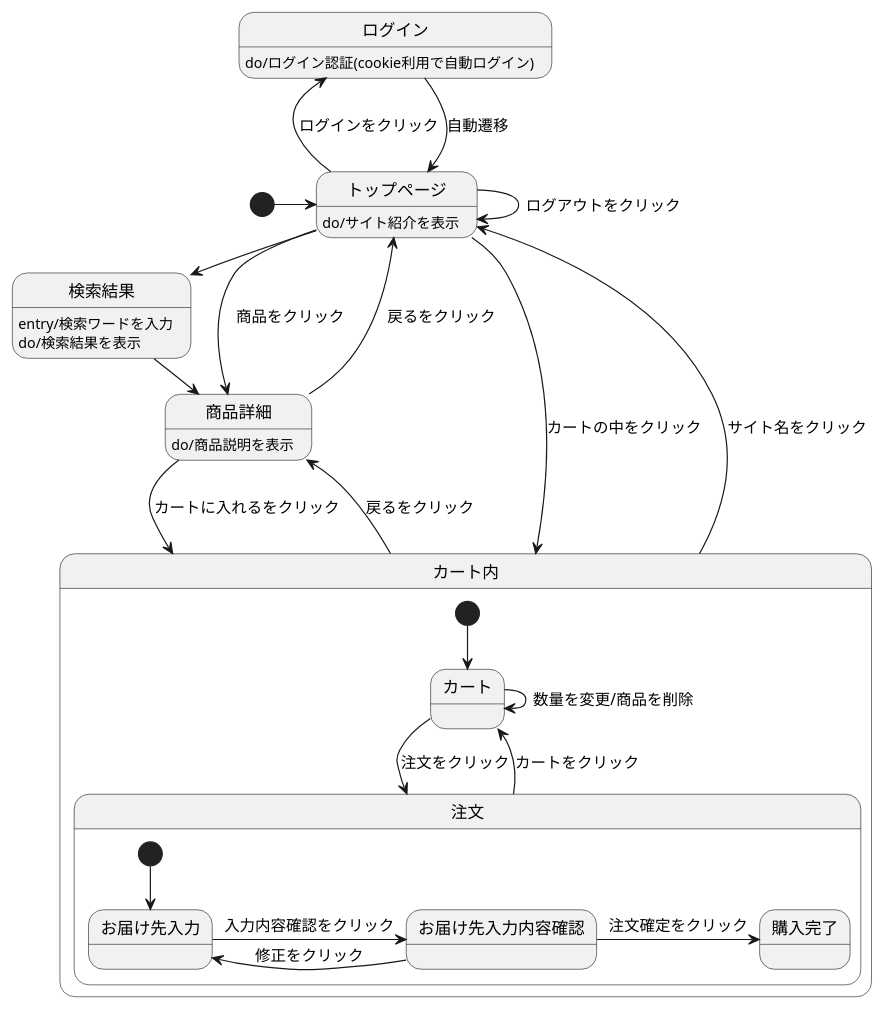
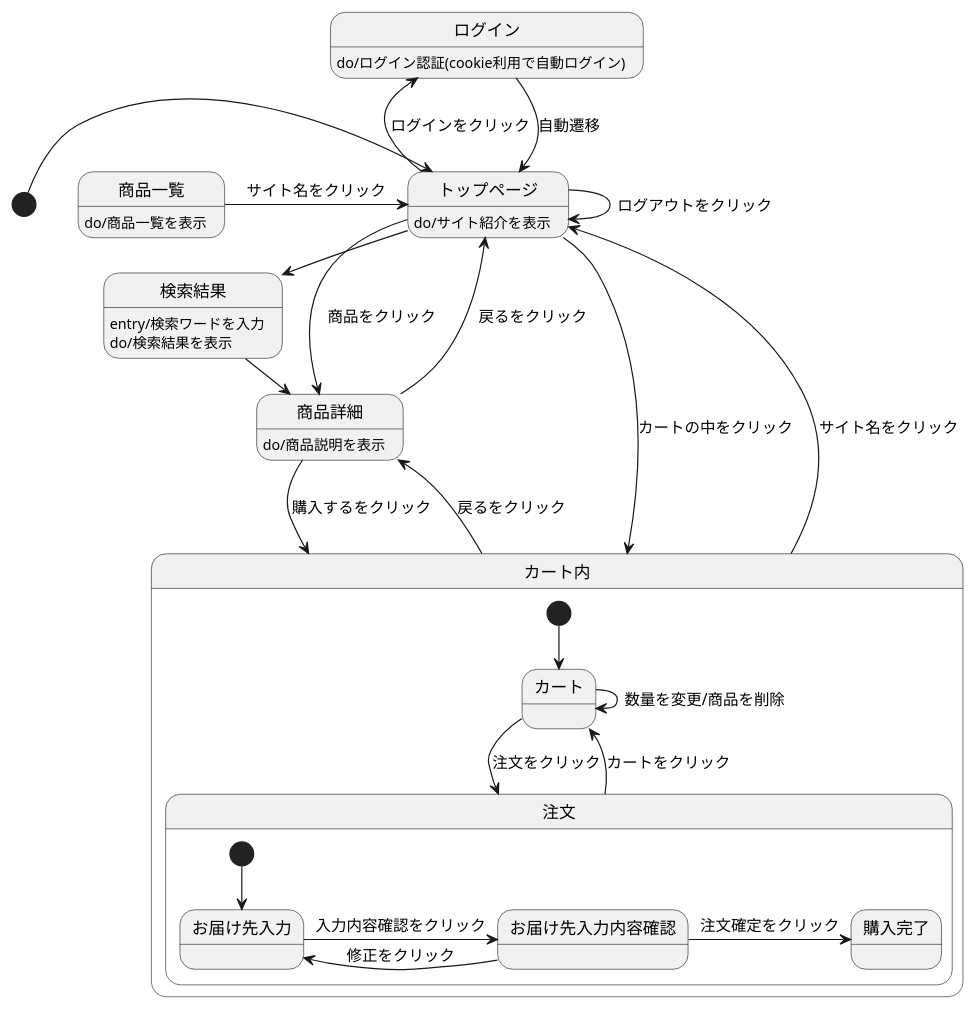
One commit to Aso2001369/2021sys-design changed the diagram in src2/md/状態遷移図.md. Above: the diagram before and after it, drawn with PlantUML.

````diff
--- a/src2/md/状態遷移図.md
+++ b/src2/md/状態遷移図.md
@@ -1,35 +1,37 @@
 ```uml
 @startuml
 
 [*] -> トップページ
 ログイン --> トップページ : 自動遷移
 ログイン : do/ログイン認証(cookie利用で自動ログイン)
 トップページ --> トップページ : ログアウトをクリック
 トップページ -> 検索結果 : 商品検索
 トップページ -> 商品詳細 : 商品をクリック
 トップページ -left-> ログイン : ログインをクリック
 トップページ --> カート内 : カートの中をクリック
 トップページ : do/サイト紹介を表示
+商品一覧 : do/商品一覧を表示
+商品一覧 -> トップページ : サイト名をクリック
 検索結果 -> 商品詳細 : 商品をクリック
 検索結果 : entry/検索ワードを入力
 検索結果 : do/検索結果を表示
-商品詳細 --> カート内 : カートに入れるをクリック
+商品詳細 --> カート内 : 購入するをクリック
 商品詳細 --> トップページ : 戻るをクリック
 商品詳細 : do/商品説明を表示
 カート内 -up-> トップページ : サイト名をクリック
 カート内 -> 商品詳細 : 戻るをクリック
 
 state カート内 {
   [*] --> カート
   カート -> 注文 : 注文をクリック
   カート -> カート : 数量を変更/商品を削除
   注文 --> カート : カートをクリック
   state 注文 {
     [*] --> お届け先入力
     お届け先入力 -> お届け先入力内容確認 : 入力内容確認をクリック
     お届け先入力内容確認 -> お届け先入力 : 修正をクリック
     お届け先入力内容確認 -> 購入完了 : 注文確定をクリック
   }
  }
 @enduml
 ```
````
